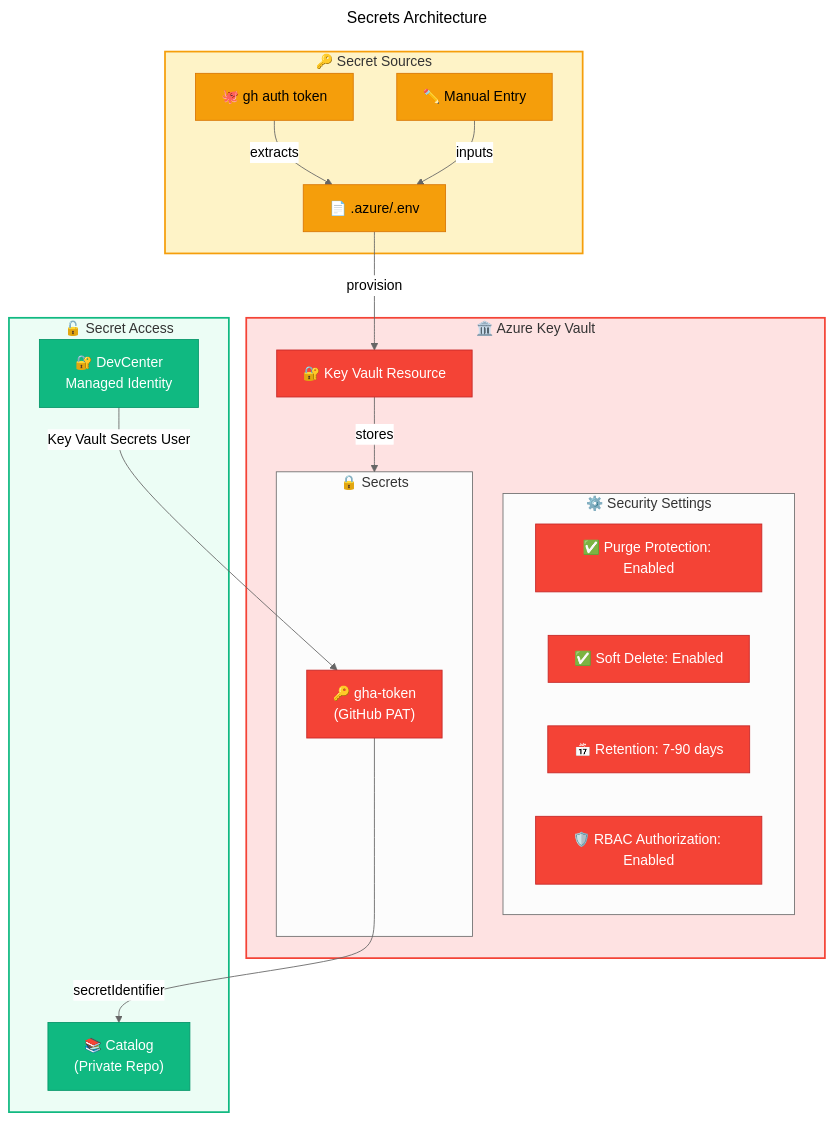
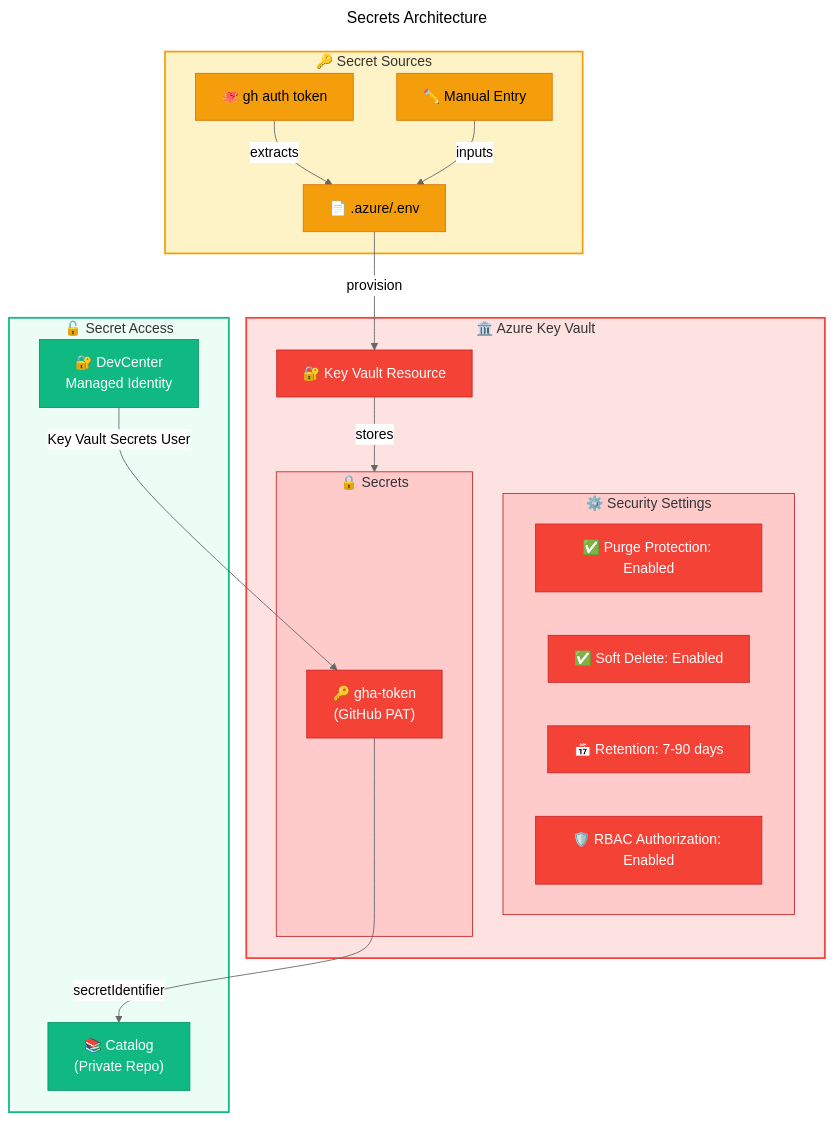
The seventh of 10 diagrams in docs/architecture/05-security-architecture.md (Evilazaro/DevExp-DevBox), drawn with Mermaid (neutral theme) before and after one commit. The commit also changed other lines of this file and 3 other files, not shown here.

Commit message:
Enhance flowchart styles in architecture documentation for improved visual clarity and consistency across business, data, technology, and security sections.

````diff
--- a/docs/architecture/05-security-architecture.md
+++ b/docs/architecture/05-security-architecture.md
@@ -489,57 +489,59 @@
 ```mermaid
 ---
 title: Secrets Architecture
 ---
 flowchart TB
     %% ===== SECRET SOURCES =====
     subgraph Sources["🔑 Secret Sources"]
         GH_CLI["🐙 gh auth token"]
         MANUAL["✏️ Manual Entry"]
         AZD_ENV["📄 .azure/.env"]
     end
     
     %% ===== KEY VAULT =====
     subgraph KeyVault["🏛️ Azure Key Vault"]
         KV["🔐 Key Vault Resource"]
         
         subgraph Settings["⚙️ Security Settings"]
             PP["✅ Purge Protection: Enabled"]
             SD["✅ Soft Delete: Enabled"]
             RET["📅 Retention: 7-90 days"]
             RBAC["🛡️ RBAC Authorization: Enabled"]
         end
         
         subgraph Secrets["🔒 Secrets"]
             PAT["🔑 gha-token<br/>(GitHub PAT)"]
         end
     end
     
     %% ===== SECRET ACCESS =====
     subgraph Access["🔓 Secret Access"]
         MI["🔐 DevCenter<br/>Managed Identity"]
         CAT["📚 Catalog<br/>(Private Repo)"]
     end
     
     %% ===== CONNECTIONS =====
     GH_CLI -->|extracts| AZD_ENV
     MANUAL -->|inputs| AZD_ENV
     AZD_ENV -->|provision| KV
     
     KV -->|stores| Secrets
     
     MI -->|Key Vault Secrets User| PAT
     PAT -->|secretIdentifier| CAT
     
     %% ===== STYLES =====
     classDef datastore fill:#F59E0B,stroke:#D97706,color:#000000
     classDef failed fill:#F44336,stroke:#C62828,color:#FFFFFF
     classDef secondary fill:#10B981,stroke:#059669,color:#FFFFFF
     
     class GH_CLI,MANUAL,AZD_ENV datastore
     class KV,PP,SD,RET,RBAC,PAT failed
     class MI,CAT secondary
     
     style Sources fill:#FEF3C7,stroke:#F59E0B,stroke-width:2px
     style KeyVault fill:#FEE2E2,stroke:#F44336,stroke-width:2px
     style Access fill:#ECFDF5,stroke:#10B981,stroke-width:2px
+    style Settings fill:#FECACA,stroke:#C62828,stroke-width:1px
+    style Secrets fill:#FECACA,stroke:#C62828,stroke-width:1px
 ```
````
